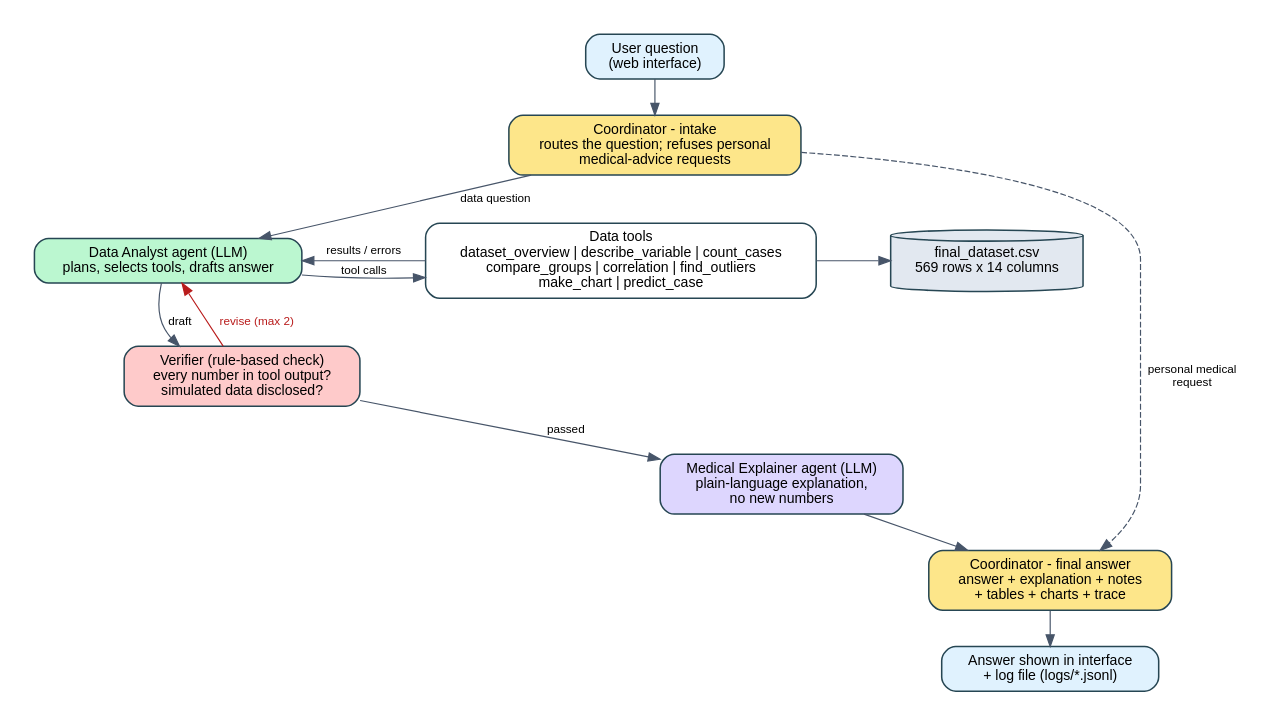
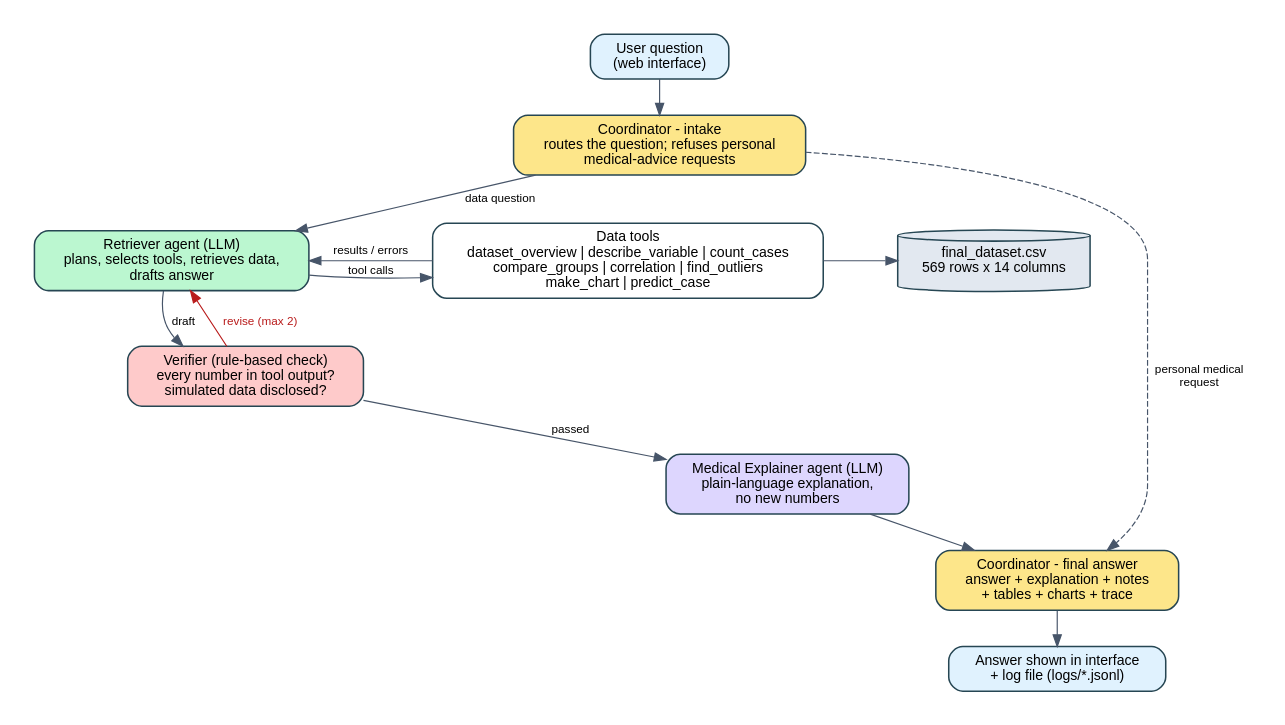
Before and after one commit to abdullahaltasan3/breast_cancer_agent: the diagram in docs/architecture.dot, drawn with Graphviz. The commit also changed 14 other files, not shown here.

```diff
--- a/docs/architecture.dot
+++ b/docs/architecture.dot
@@ -1,28 +1,28 @@
 digraph G {
   rankdir=TB; bgcolor="white"; pad=0.3; nodesep=0.45; ranksep=0.42;
   node [shape=box, style="rounded,filled", fontname="Helvetica", fontsize=12, color="#264653", fillcolor="#f1f5f9", penwidth=1.3, margin="0.18,0.08"];
   edge [fontname="Helvetica", fontsize=10, color="#475569"];
 
   user  [label="User question\n(web interface)", fillcolor="#e0f2fe"];
   intake[label="Coordinator - intake\nroutes the question; refuses personal\nmedical-advice requests", fillcolor="#fde68a"];
-  analyst[label="Data Analyst agent (LLM)\nplans, selects tools, drafts answer", fillcolor="#bbf7d0"];
+  retriever[label="Retriever agent (LLM)\nplans, selects tools, retrieves data,\ndrafts answer", fillcolor="#bbf7d0"];
   tools [label="Data tools\ndataset_overview | describe_variable | count_cases\ncompare_groups | correlation | find_outliers\nmake_chart | predict_case", fillcolor="#ffffff"];
   data  [label="final_dataset.csv\n569 rows x 14 columns", shape=cylinder, fillcolor="#e2e8f0"];
   verify[label="Verifier (rule-based check)\nevery number in tool output?\nsimulated data disclosed?", fillcolor="#fecaca"];
   expl  [label="Medical Explainer agent (LLM)\nplain-language explanation,\nno new numbers", fillcolor="#ddd6fe"];
   final [label="Coordinator - final answer\nanswer + explanation + notes\n+ tables + charts + trace", fillcolor="#fde68a"];
   out   [label="Answer shown in interface\n+ log file (logs/*.jsonl)", fillcolor="#e0f2fe"];
 
   user -> intake;
-  intake -> analyst [label=" data question"];
+  intake -> retriever [label=" data question"];
   intake -> final [label=" personal medical\n request", style=dashed];
-  analyst -> tools [label=" tool calls"];
+  retriever -> tools [label=" tool calls"];
   tools -> data [dir=both, arrowtail=none];
-  tools -> analyst [label=" results / errors"];
-  analyst -> verify [label=" draft"];
-  verify -> analyst [label=" revise (max 2)", color="#b91c1c", fontcolor="#b91c1c"];
+  tools -> retriever [label=" results / errors"];
+  retriever -> verify [label=" draft"];
+  verify -> retriever [label=" revise (max 2)", color="#b91c1c", fontcolor="#b91c1c"];
   verify -> expl [label=" passed"];
   expl -> final;
   final -> out;
-  {rank=same; analyst; tools; data}
+  {rank=same; retriever; tools; data}
 }
```
